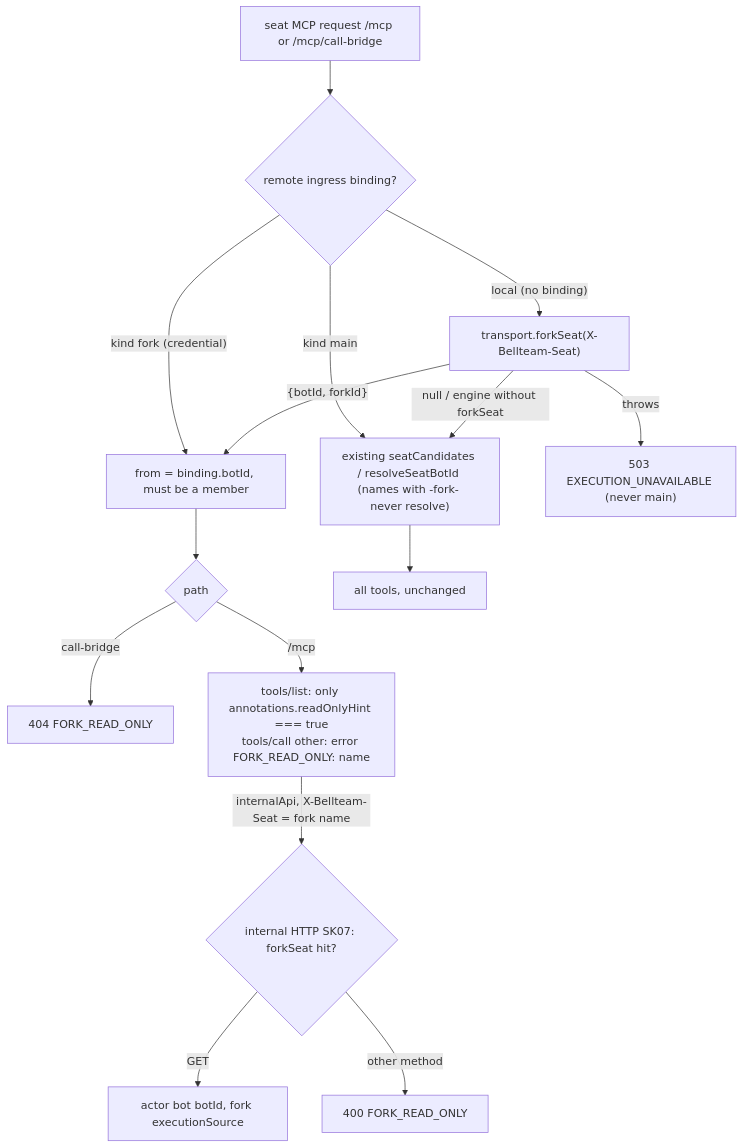
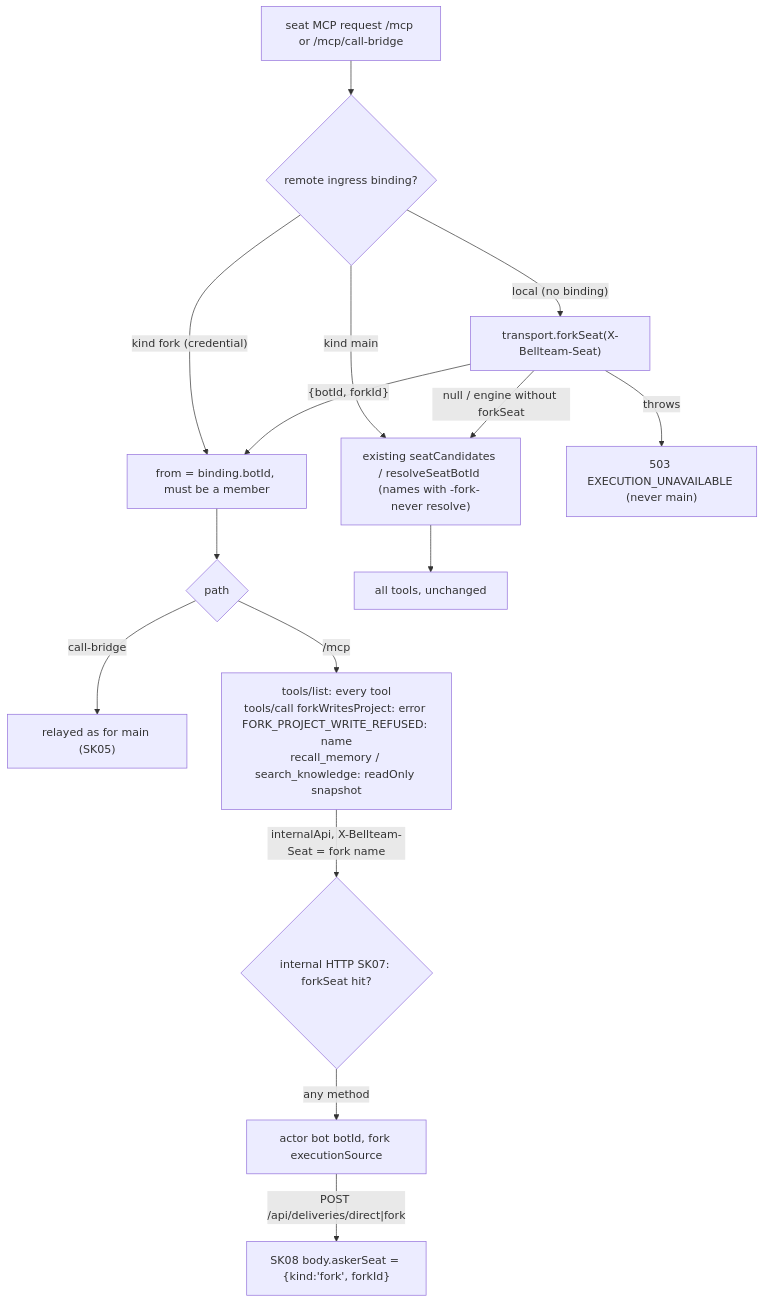
The third of 4 diagrams in docs/architecture/modules/integration/remote-seat-ingress.md (kitepon/BellTeam), drawn with Mermaid before and after one commit. The commit also changed other lines of this file and 8 other files, not shown here.

First line of the commit message:
Fork seats: all tools, refuse only project-folder writes, read-only memory snapshots, askerSeat on deliveries

````diff
--- a/docs/architecture/modules/integration/remote-seat-ingress.md
+++ b/docs/architecture/modules/integration/remote-seat-ingress.md
@@ -93,17 +95,17 @@
 ```mermaid
 flowchart TD
   Req["seat MCP request /mcp or /mcp/call-bridge"] --> Bound{"remote ingress binding?"}
   Bound -->|"kind fork (credential)"| ForkBot["from = binding.botId, must be a member"]
   Bound -->|"kind main"| Main
   Bound -->|"local (no binding)"| Reg["transport.forkSeat(X-Bellteam-Seat)"]
   Reg -->|"{botId, forkId}"| ForkBot
   Reg -->|"null / engine without forkSeat"| Main["existing seatCandidates / resolveSeatBotId (names with -fork- never resolve)"]
   Reg -->|throws| Unavail["503 EXECUTION_UNAVAILABLE (never main)"]
   ForkBot --> Path{"path"}
-  Path -->|call-bridge| Refuse["404 FORK_READ_ONLY"]
-  Path -->|/mcp| Fork["tools/list: only annotations.readOnlyHint === true<br/>tools/call other: error FORK_READ_ONLY: name"]
+  Path -->|call-bridge| Bridge["relayed as for main (SK05)"]
+  Path -->|/mcp| Fork["tools/list: every tool<br/>tools/call forkWritesProject: error FORK_PROJECT_WRITE_REFUSED: name<br/>recall_memory / search_knowledge: readOnly snapshot"]
   Fork -->|"internalApi, X-Bellteam-Seat = fork name"| Internal{"internal HTTP SK07: forkSeat hit?"}
-  Internal -->|GET| AsBot["actor bot botId, fork executionSource"]
-  Internal -->|other method| RO["400 FORK_READ_ONLY"]
+  Internal -->|any method| AsBot["actor bot botId, fork executionSource"]
+  AsBot -->|"POST /api/deliveries/direct|fork"| Asker["SK08 body.askerSeat = {kind:'fork', forkId}"]
   Main --> All["all tools, unchanged"]
 ```
````
